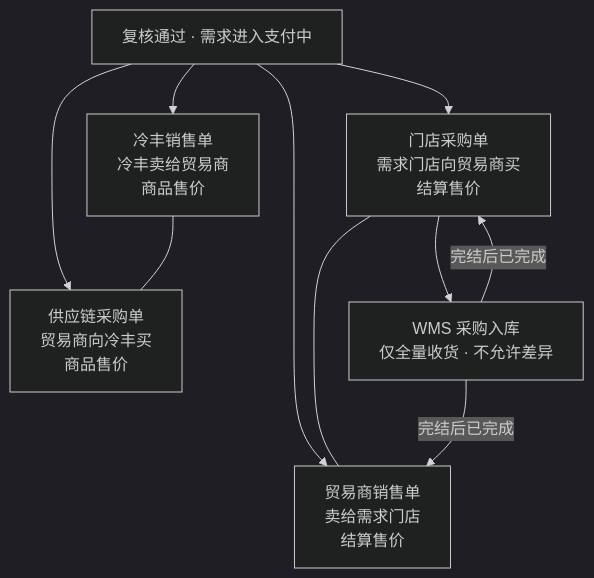
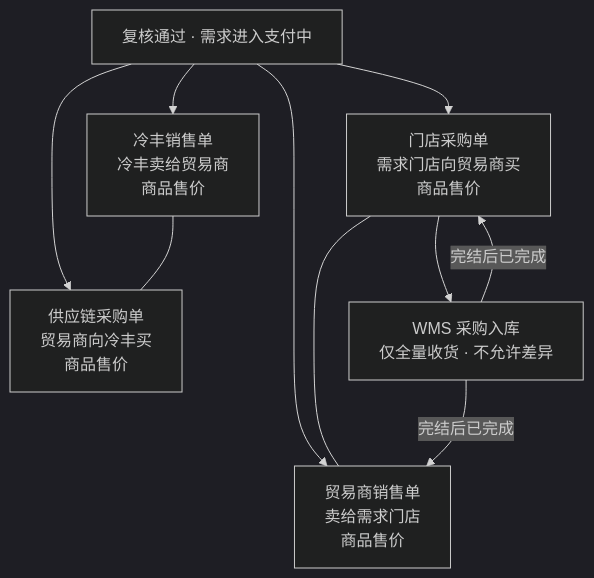
The second of 4 diagrams in RBT/docs/需求复核后单据方案.md (342-droid/LFerp), drawn with Mermaid (dark theme) before and after one commit. The commit also changed other lines of this file and 10 other files, not shown here.

````diff
--- a/RBT/docs/需求复核后单据方案.md
+++ b/RBT/docs/需求复核后单据方案.md
@@ -50,12 +50,12 @@
 ```mermaid
 flowchart TB
   R[复核通过 · 需求进入支付中] --> S0[冷丰销售单<br/>冷丰卖给贸易商<br/>商品售价]
   R --> P1[供应链采购单<br/>贸易商向冷丰买<br/>商品售价]
-  R --> P2[门店采购单<br/>需求门店向贸易商买<br/>结算售价]
-  R --> S1[贸易商销售单<br/>卖给需求门店<br/>结算售价]
+  R --> P2[门店采购单<br/>需求门店向贸易商买<br/>商品售价]
+  R --> S1[贸易商销售单<br/>卖给需求门店<br/>商品售价]
   S0 --- P1
   P2 --- S1
   P2 --> IBD[WMS 采购入库<br/>仅全量收货 · 不允许差异]
   IBD -->|完结后已完成| P2
   IBD -->|完结后已完成| S1
 ```
````
